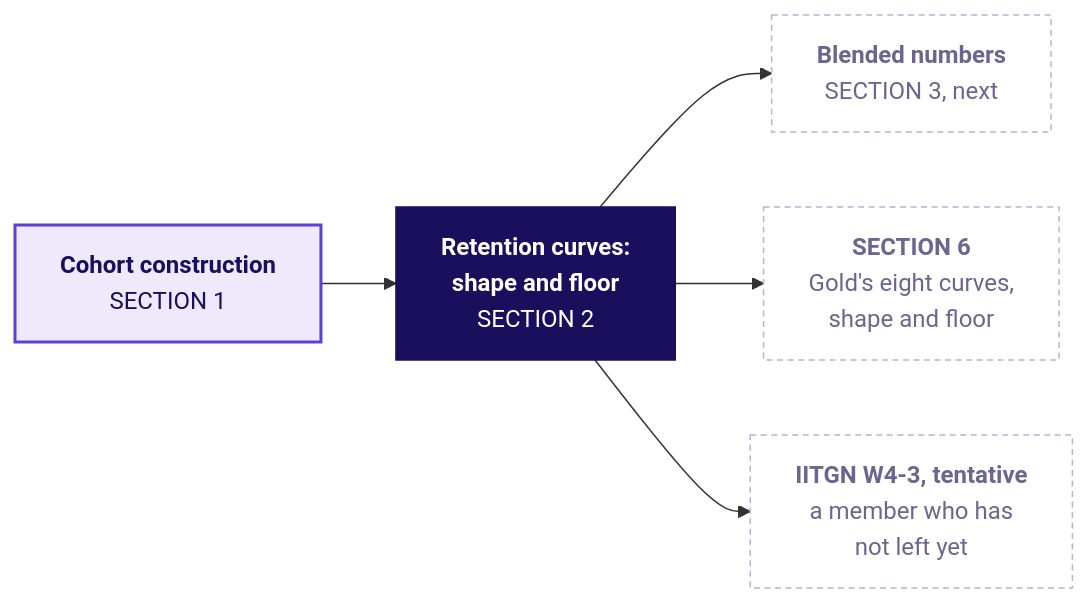
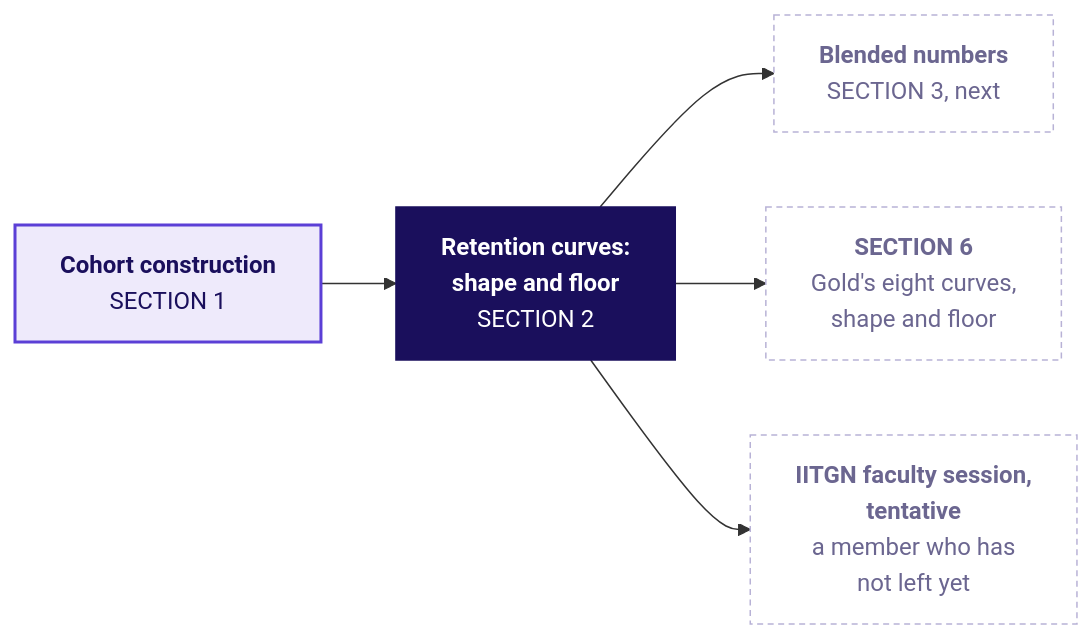
The sixth of 13 diagrams in content/W04/D4/slides/C2_W04_D04_half1_STUDENT.md (fde-academy-lab/c2-content-factory), drawn with Mermaid before and after one commit. The commit also changed other lines of this file and 4 other files, not shown here.

````diff
--- a/content/W04/D4/slides/C2_W04_D04_half1_STUDENT.md
+++ b/content/W04/D4/slides/C2_W04_D04_half1_STUDENT.md
@@ -481,13 +489,13 @@
 ```mermaid
 flowchart LR
     C1["<b>Cohort construction</b><br/>SECTION 1"] --> C3["<b>Retention curves:<br/>shape and floor</b><br/>SECTION 2"]
     C3 --> C4["<b>Blended numbers</b><br/>SECTION 3, next"]
     C3 --> C6["<b>SECTION 6</b><br/>Gold's eight curves,<br/>shape and floor"]
-    C3 --> F["<b>IITGN W4-3, tentative</b><br/>a member who has<br/>not left yet"]
+    C3 --> F["<b>IITGN faculty session,<br/>tentative</b><br/>a member who has<br/>not left yet"]
     classDef known fill:#EEEAFB,stroke:#5B3FD6,color:#1A0F5C,stroke-width:2px
     classDef lit fill:#1A0F5C,stroke:#1A0F5C,color:#FFFFFF
     classDef unknown fill:#FFFFFF,stroke:#B8B2D6,color:#6B6690,stroke-dasharray:4 3
     class C1 known
     class C3 lit
     class C4,C6,F unknown
 ```
````
